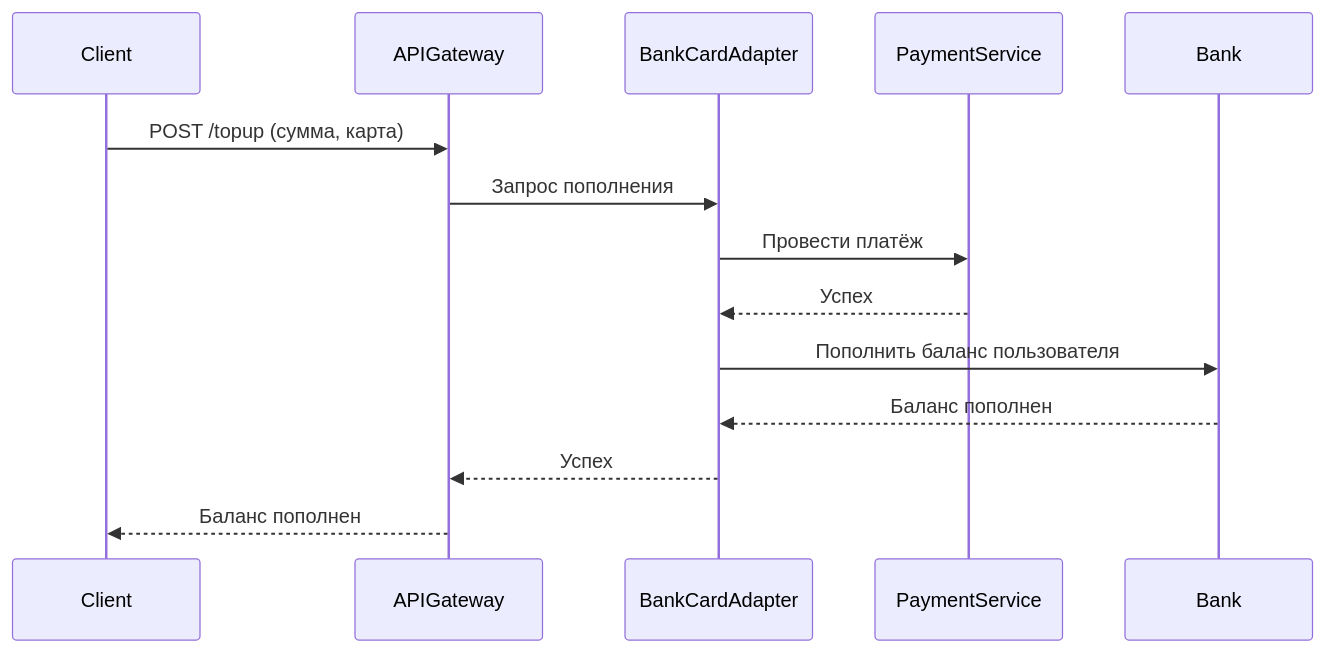
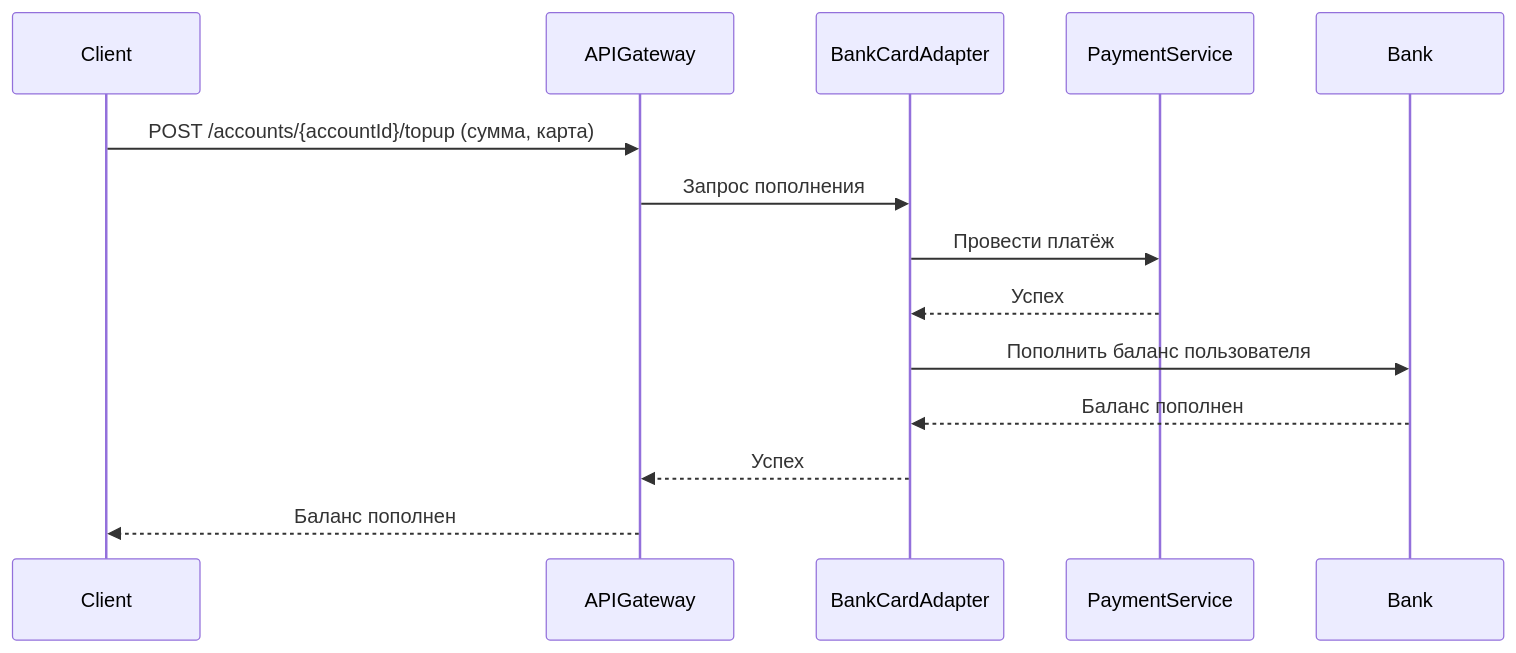
Before and after one commit to spbu-ds-practicum-2025/example-project: the third of 5 diagrams in docs/tr.md, drawn with Mermaid. The commit also changed other lines of this file, not shown here.

````diff
--- a/docs/tr.md
+++ b/docs/tr.md
@@ -124,17 +150,17 @@
 ```mermaid
 sequenceDiagram
   participant Client
   participant APIGateway
   participant BankCardAdapter
   participant PaymentService
   participant Bank
 
-  Client->>APIGateway: POST /topup (сумма, карта)
+  Client->>APIGateway: POST /accounts/{accountId}/topup (сумма, карта)
   APIGateway->>BankCardAdapter: Запрос пополнения
   BankCardAdapter->>PaymentService: Провести платёж
   PaymentService-->>BankCardAdapter: Успех
   BankCardAdapter->>Bank: Пополнить баланс пользователя
   Bank-->>BankCardAdapter: Баланс пополнен
   BankCardAdapter-->>APIGateway: Успех
   APIGateway-->>Client: Баланс пополнен
 ```
````
